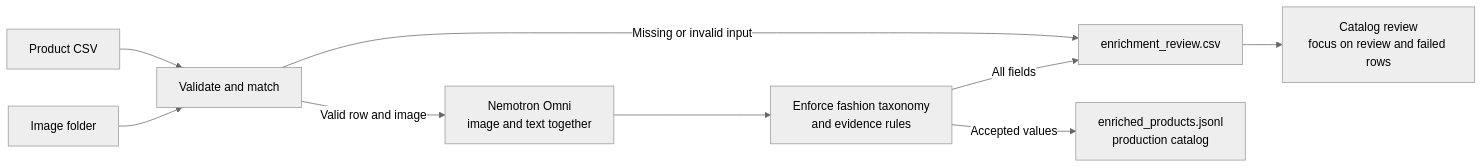
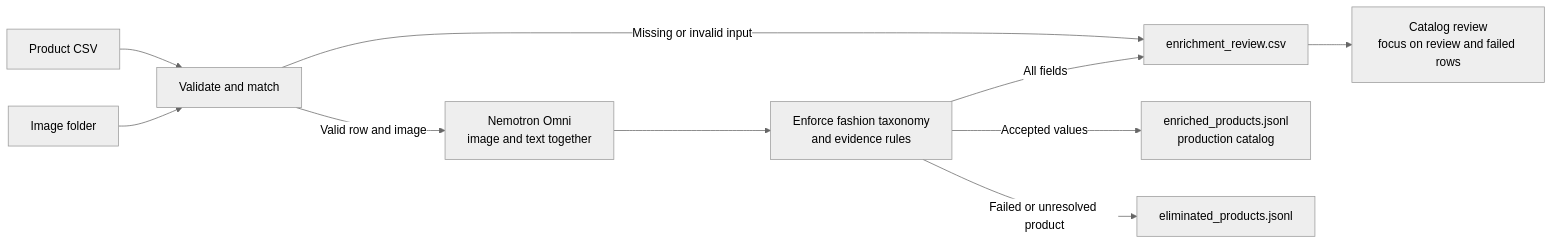
One commit to rkharwar-nv/Retail-Catalog-Enrichment changed the diagram in docs/FASHION_ENRICHMENT.md. Above: the diagram before and after it, drawn with Mermaid (neutral theme). The commit also changed other lines of this file and 3 other files, not shown here.

````diff
--- a/docs/FASHION_ENRICHMENT.md
+++ b/docs/FASHION_ENRICHMENT.md
@@ -11,14 +11,15 @@
 ```mermaid
 flowchart LR
     CSV[Product CSV] --> V[Validate and match]
     IMG[Image folder] --> V
 
     V -->|Valid row and image| O[Nemotron Omni<br/>image and text together]
     V -->|Missing or invalid input| R[enrichment_review.csv]
 
     O --> T[Enforce fashion taxonomy<br/>and evidence rules]
     T -->|Accepted values| C[enriched_products.jsonl<br/>production catalog]
+    T -->|Failed or unresolved product| E[eliminated_products.jsonl]
     T -->|All fields| R
 
     R --> H[Catalog review<br/>focus on review and failed rows]
 ```
````
